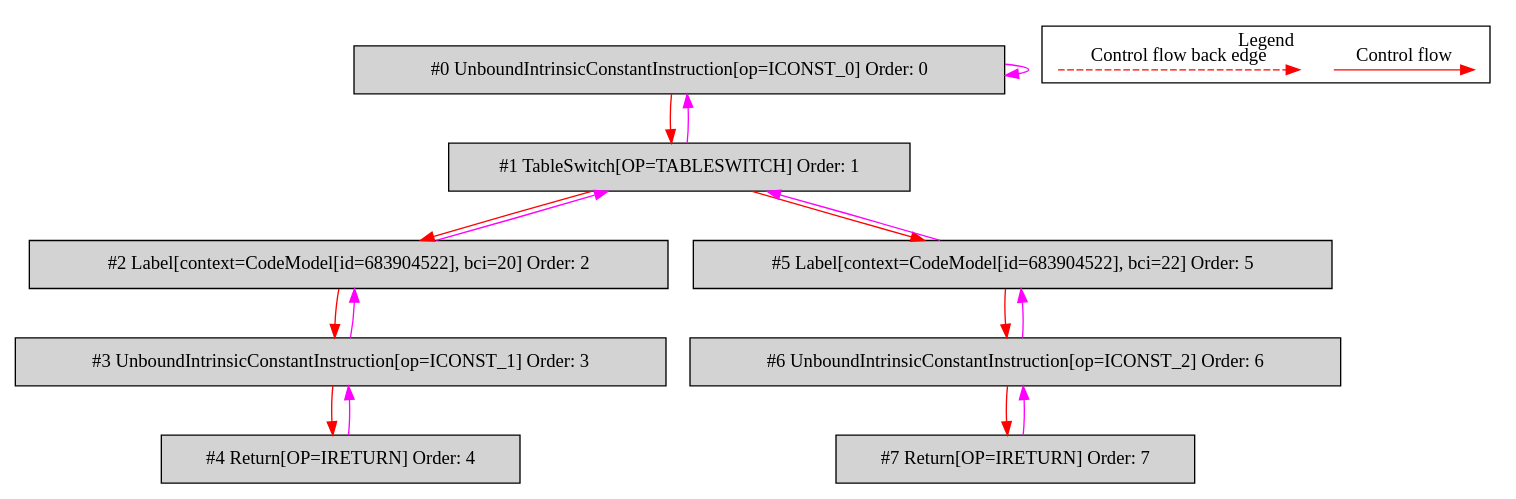
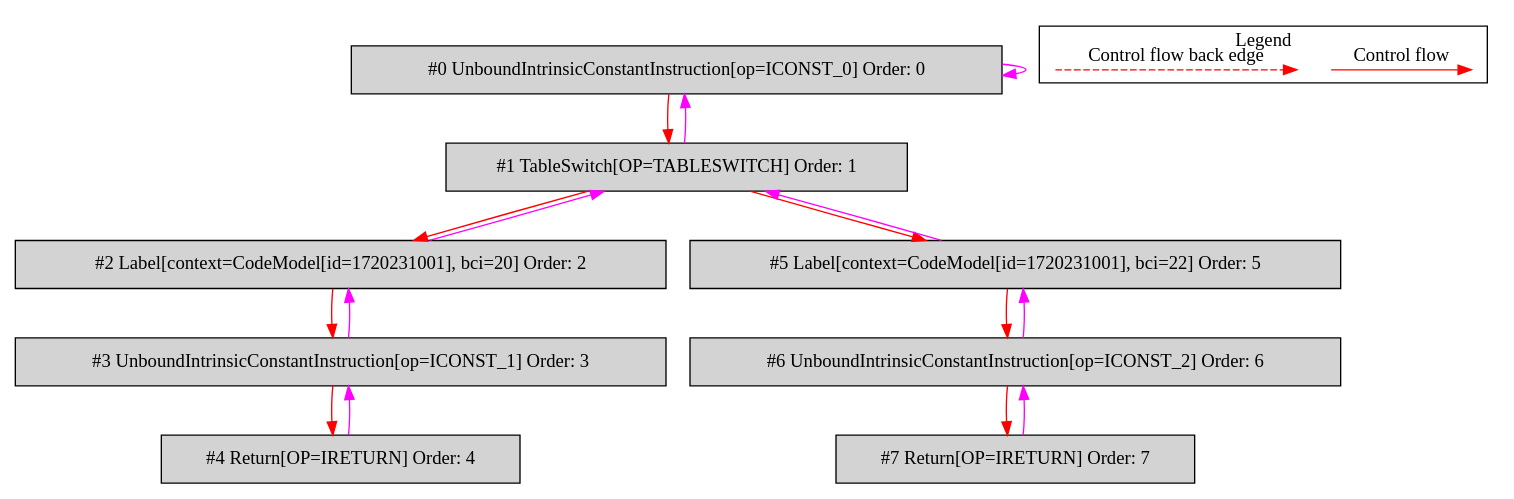
One commit to mirkosertic/MetaIR changed the diagram in de.mirkosertic.metair.ir.OpcodeTABLESWITCHTest/test_TABLESWITCH/bytecodecfg.dot. Above: the diagram before and after it, drawn with Graphviz. The commit also changed 726 other files, not shown here.

```diff
--- a/de.mirkosertic.metair.ir.OpcodeTABLESWITCHTest/test_TABLESWITCH/bytecodecfg.dot
+++ b/de.mirkosertic.metair.ir.OpcodeTABLESWITCHTest/test_TABLESWITCH/bytecodecfg.dot
@@ -1,40 +1,40 @@
 digraph {
  ordering="in";
  node0[label="#0 UnboundIntrinsicConstantInstruction[op=ICONST_0] Order: 0", shape=box, fillcolor=lightgrey, style=filled];
  node1[label="#1 TableSwitch[OP=TABLESWITCH] Order: 1", shape=box, fillcolor=lightgrey, style=filled];
- node2[label="#2 Label[context=CodeModel[id=683904522], bci=20] Order: 2", shape=box, fillcolor=lightgrey, style=filled];
+ node2[label="#2 Label[context=CodeModel[id=1720231001], bci=20] Order: 2", shape=box, fillcolor=lightgrey, style=filled];
  node3[label="#3 UnboundIntrinsicConstantInstruction[op=ICONST_1] Order: 3", shape=box, fillcolor=lightgrey, style=filled];
  node4[label="#4 Return[OP=IRETURN] Order: 4", shape=box, fillcolor=lightgrey, style=filled];
- node5[label="#5 Label[context=CodeModel[id=683904522], bci=22] Order: 5", shape=box, fillcolor=lightgrey, style=filled];
+ node5[label="#5 Label[context=CodeModel[id=1720231001], bci=22] Order: 5", shape=box, fillcolor=lightgrey, style=filled];
  node6[label="#6 UnboundIntrinsicConstantInstruction[op=ICONST_2] Order: 6", shape=box, fillcolor=lightgrey, style=filled];
  node7[label="#7 Return[OP=IRETURN] Order: 7", shape=box, fillcolor=lightgrey, style=filled];
  node0 -> node0[color=fuchsia];
  node0 -> node1[color=red];
  node1 -> node0[color=fuchsia];
  node1 -> node2[color=red];
  node2 -> node1[color=fuchsia];
  node2 -> node3[color=red];
  node3 -> node2[color=fuchsia];
  node3 -> node4[color=red];
  node4 -> node3[color=fuchsia];
  node1 -> node5[color=red];
  node5 -> node1[color=fuchsia];
  node5 -> node6[color=red];
  node6 -> node5[color=fuchsia];
  node6 -> node7[color=red];
  node7 -> node6[color=fuchsia];
  subgraph cluster_000 {
   label = "Legend";
   node [shape=point]
   {
    rank=same;
    c0 [style = invis];
    c1 [style = invis];
    c2 [style = invis];
    c3 [style = invis];
   }
   c0 -> c1 [label="Control flow", style=solid, color=red]
   c2 -> c3 [label="Control flow back edge", style=dashed, color=red]
  }
 
 }
```
